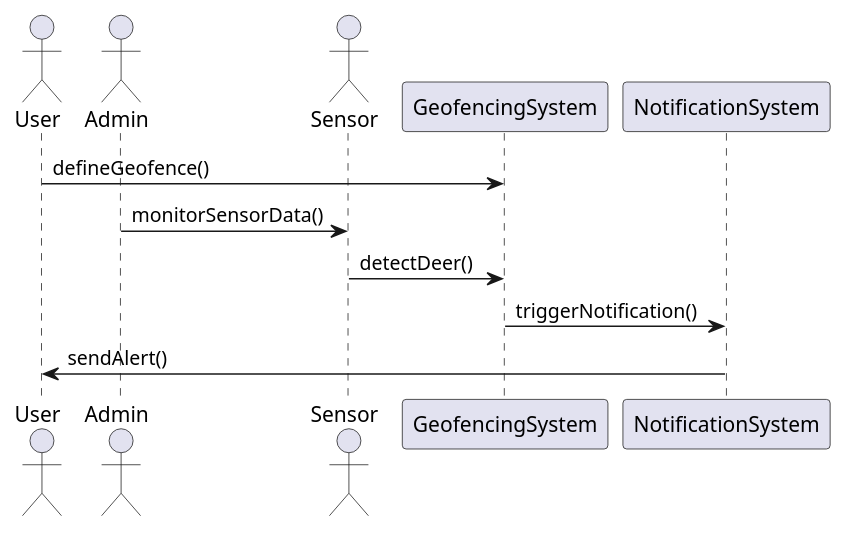
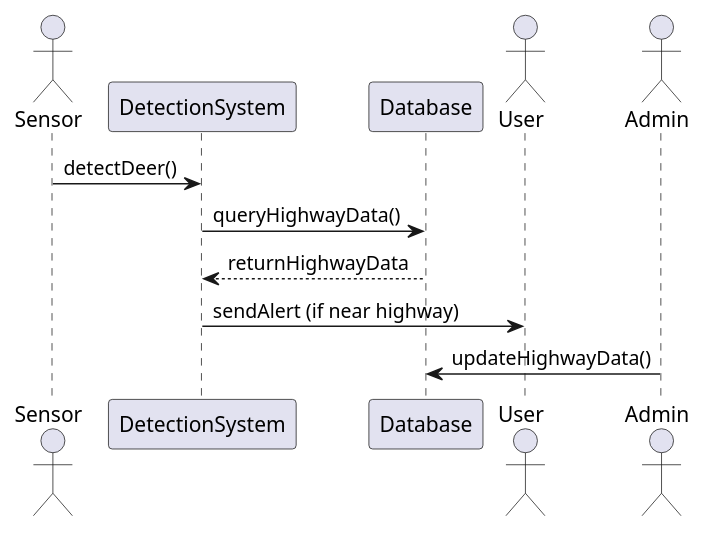
One commit to kxs1119/Detection-System changed the diagram in docs/diagrams/sequence.puml. Above: the diagram before and after it, drawn with PlantUML. The commit also changed 6 other files, not shown here.

Commit message:
Adapted the UML with the new edgecases

```diff
--- a/docs/diagrams/sequence.puml
+++ b/docs/diagrams/sequence.puml
@@ -1,15 +1,15 @@
 @startuml
 
+actor Sensor
+participant DetectionSystem
+participant Database
 actor User
 actor Admin
-actor Sensor
-participant GeofencingSystem
-participant NotificationSystem
 
-User -> GeofencingSystem : defineGeofence()
-Admin -> Sensor : monitorSensorData()
-Sensor -> GeofencingSystem : detectDeer()
-GeofencingSystem -> NotificationSystem : triggerNotification()
-NotificationSystem -> User : sendAlert()
+Sensor -> DetectionSystem : detectDeer()
+DetectionSystem -> Database : queryHighwayData()
+Database --> DetectionSystem : returnHighwayData
+DetectionSystem -> User : sendAlert (if near highway)
+Admin -> Database : updateHighwayData()
 
 @enduml
```
